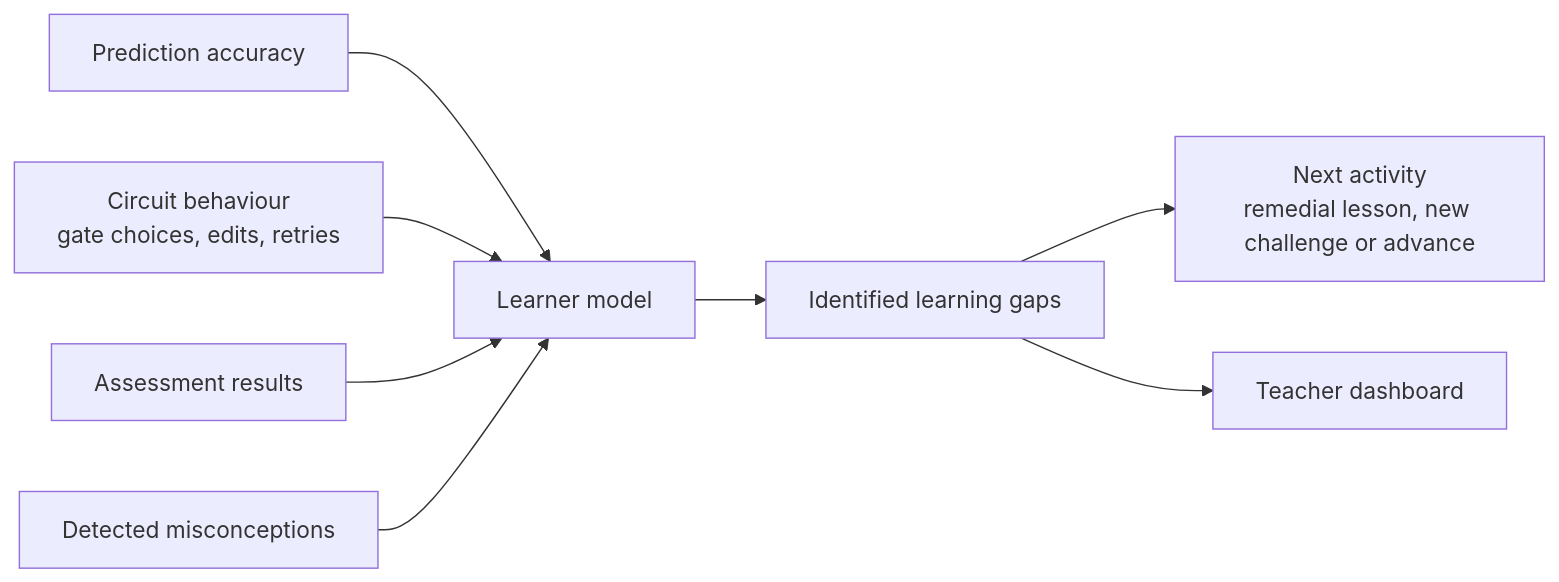
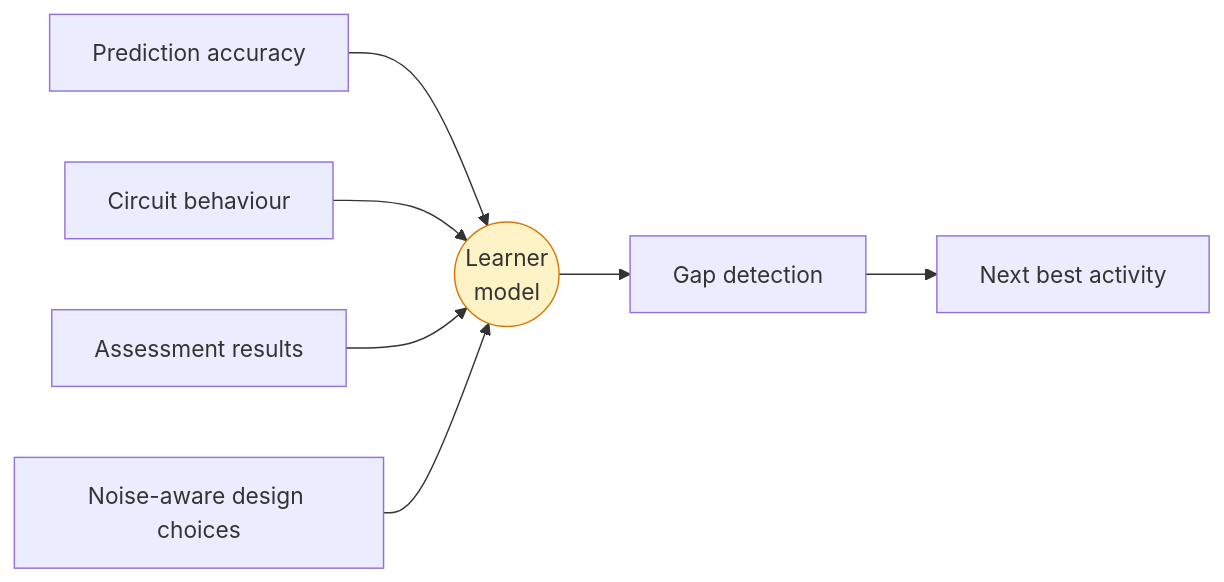
Diagram 16 of 18 in README.md (aaruhyakumar2006/Qualution-), drawn with Mermaid before and after one commit. The commit also changed other lines of this file, not shown here.

````diff
--- a/README.md
+++ b/README.md
@@ -566,10 +728,11 @@
 ```mermaid
 flowchart LR
-    P["Prediction accuracy"] --> LM
-    C["Circuit behaviour<br/>gate choices, edits, retries"] --> LM
-    A["Assessment results"] --> LM
-    M["Detected misconceptions"] --> LM
-    LM["Learner model"] --> G["Identified learning gaps"]
-    G --> N["Next activity<br/>remedial lesson, new challenge or advance"]
-    G --> T["Teacher dashboard"]
+    P[Prediction accuracy] --> M
+    C[Circuit behaviour] --> M
+    A[Assessment results] --> M
+    N[Noise-aware design choices] --> M
+    M((Learner<br/>model)) --> G[Gap detection]
+    G --> NX[Next best activity]
+
+    style M fill:#fef3c7,stroke:#d97706
 ```
````
